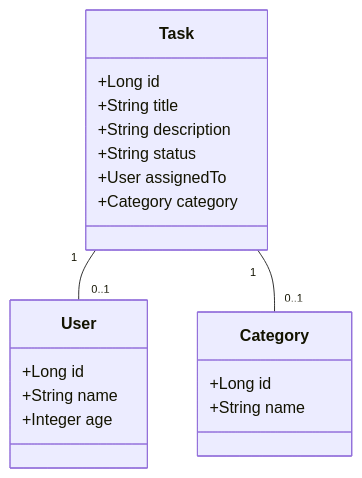
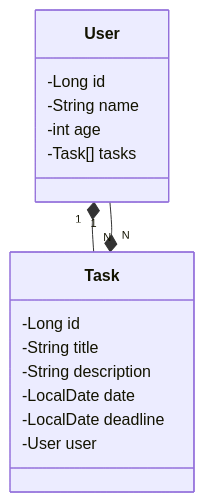
The diagram in README.md (inaldoSan/gerenciamento-tarefas), drawn with Mermaid before and after one commit.

Commit message:
Update README.md
docs: update README with new instructions

````diff
--- a/README.md
+++ b/README.md
@@ -6,26 +6,22 @@
 ```mermaid
 classDiagram
-    class Task {
-        +Long id
-        +String title
-        +String description
-        +String status
-        +User assignedTo
-        +Category category
-    }
-    
-    class User {
-        +Long id
-        +String name
-        +Integer age
-    }
-    
-    class Category {
-        +Long id
-        +String name
-    }
-    
-    Task "1" -- "0..1" User
-    Task "1" -- "0..1" Category
+  class User {
+    -Long id
+    -String name
+    -int age
+    -Task[] tasks
+  }
+
+  class Task {
+    -Long id
+    -String title
+    -String description
+    -LocalDate date
+    -LocalDate deadline
+    -User user
+  }
+
+  User "1" *-- "N" Task
+  Task "N" *-- "1" User
 
 ```
````
